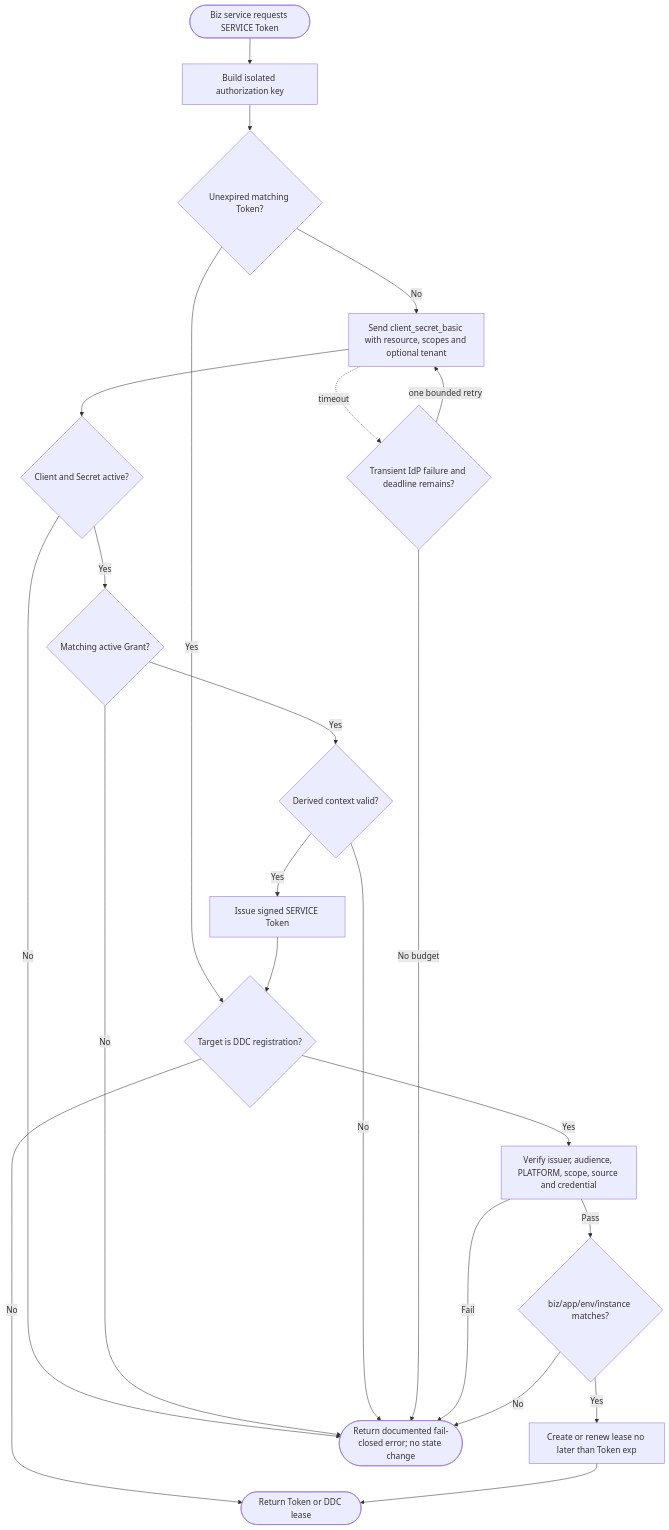
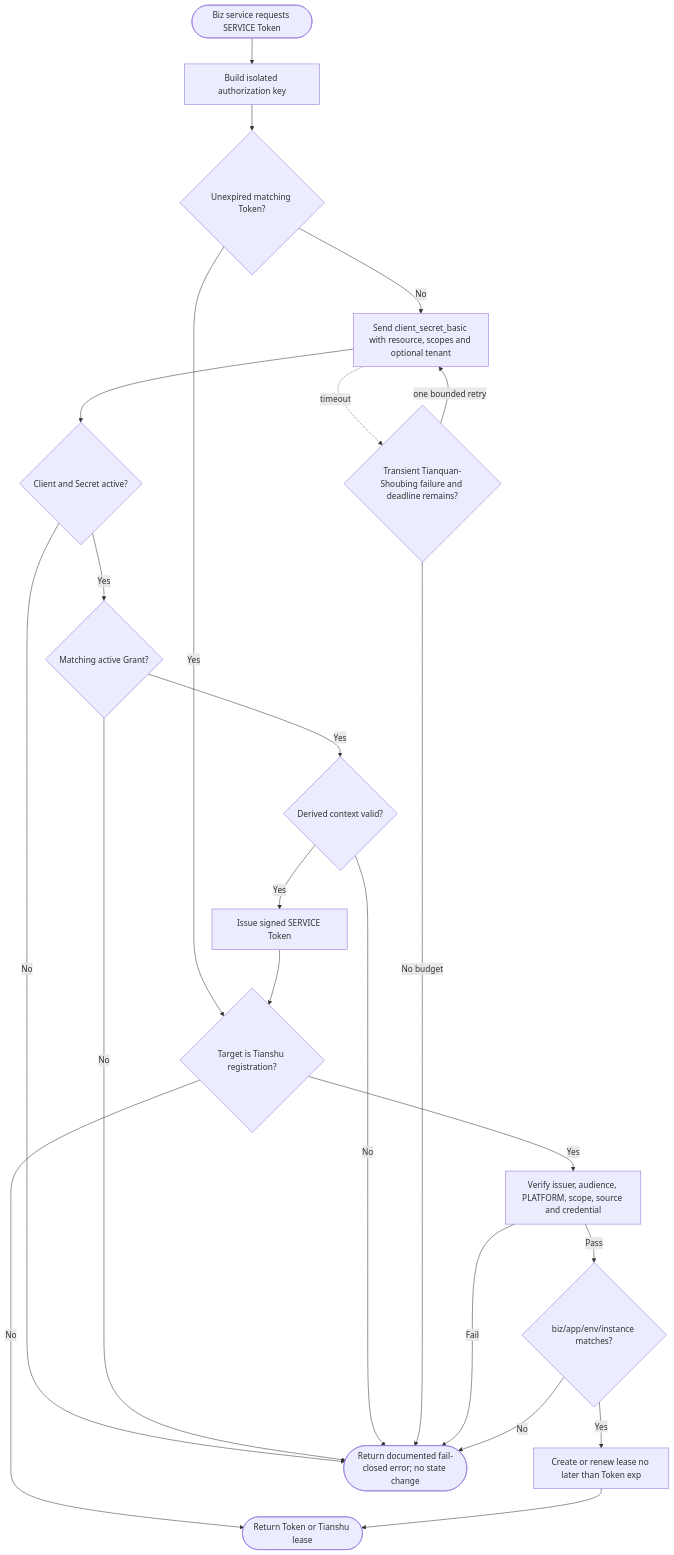
The third of 7 diagrams in docs/egon/spec/2026-08-21-07-51-idp-oauth-client-tenant-ownership.md (AllenDEricDAlexander/Egon-COLA), drawn with Mermaid before and after one commit. The commit also changed other lines of this file and 233 other files, not shown here.

````diff
--- a/docs/egon/spec/2026-08-21-07-51-idp-oauth-client-tenant-ownership.md
+++ b/docs/egon/spec/2026-08-21-07-51-idp-oauth-client-tenant-ownership.md
@@ -394,37 +394,37 @@
 ```mermaid
 flowchart TD
     Start(["Biz service requests SERVICE Token"])
     Key["Build isolated authorization key"]
     Cached{"Unexpired matching Token?"}
     Basic["Send client_secret_basic with resource, scopes and optional tenant"]
     ClientValid{"Client and Secret active?"}
     Grant{"Matching active Grant?"}
     Context{"Derived context valid?"}
     Issue["Issue signed SERVICE Token"]
-    Target{"Target is DDC registration?"}
+    Target{"Target is Tianshu registration?"}
     Verify["Verify issuer, audience, PLATFORM, scope, source and credential"]
     Bind{"biz/app/env/instance matches?"}
     Lease["Create or renew lease no later than Token exp"]
-    Retry{"Transient IdP failure and deadline remains?"}
+    Retry{"Transient Tianquan-Shoubing failure and deadline remains?"}
     Reject(["Return documented fail-closed error; no state change"])
-    Success(["Return Token or DDC lease"])
+    Success(["Return Token or Tianshu lease"])
 
     Start --> Key --> Cached
     Cached -->|"Yes"| Target
     Cached -->|"No"| Basic --> ClientValid
     ClientValid -->|"No"| Reject
     ClientValid -->|"Yes"| Grant
     Grant -->|"No"| Reject
     Grant -->|"Yes"| Context
     Context -->|"No"| Reject
     Context -->|"Yes"| Issue --> Target
     Basic -. timeout .-> Retry
     Retry -->|"one bounded retry"| Basic
     Retry -->|"No budget"| Reject
     Target -->|"No"| Success
     Target -->|"Yes"| Verify
     Verify -->|"Fail"| Reject
     Verify -->|"Pass"| Bind
     Bind -->|"No"| Reject
     Bind -->|"Yes"| Lease --> Success
 ```
````
